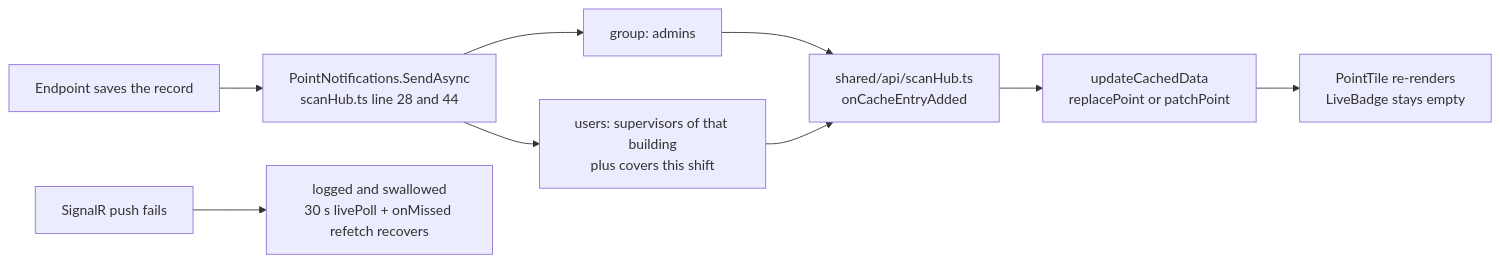
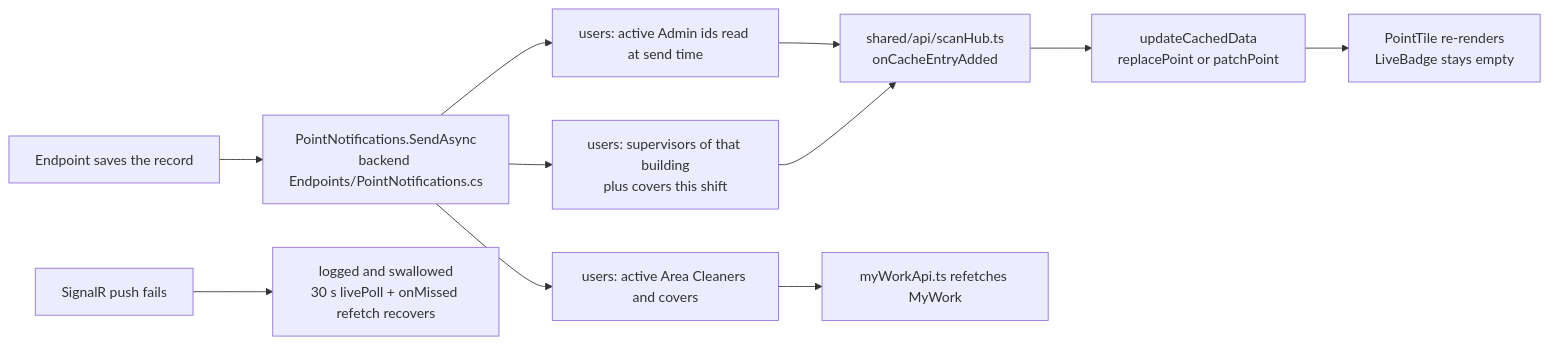
One commit to ThodsaphonSonthiphin/Facility-Real-time-dashboard changed the fifth of 6 diagrams in docs/code-map.md. Above: the diagram before and after it, drawn with Mermaid. The commit also changed other lines of this file and 23 other files, not shown here.

````diff
--- a/docs/code-map.md
+++ b/docs/code-map.md
@@ -498,11 +505,13 @@
 ```mermaid
 graph LR
-    A["Endpoint saves the record"] --> B["PointNotifications.SendAsync<br/>scanHub.ts line 28 and 44"]
-    B --> C["group: admins"]
+    A["Endpoint saves the record"] --> B["PointNotifications.SendAsync<br/>backend Endpoints/PointNotifications.cs"]
+    B --> C["users: active Admin ids read at send time"]
     B --> D["users: supervisors of that building<br/>plus covers this shift"]
     C --> E["shared/api/scanHub.ts<br/>onCacheEntryAdded"]
     D --> E
+    B --> J["users: active Area Cleaners and covers"]
+    J --> K["myWorkApi.ts refetches MyWork"]
     E --> F["updateCachedData<br/>replacePoint or patchPoint"]
     F --> G["PointTile re-renders<br/>LiveBadge stays empty"]
     H["SignalR push fails"] --> I["logged and swallowed<br/>30 s livePoll + onMissed refetch recovers"]
 ```
````
